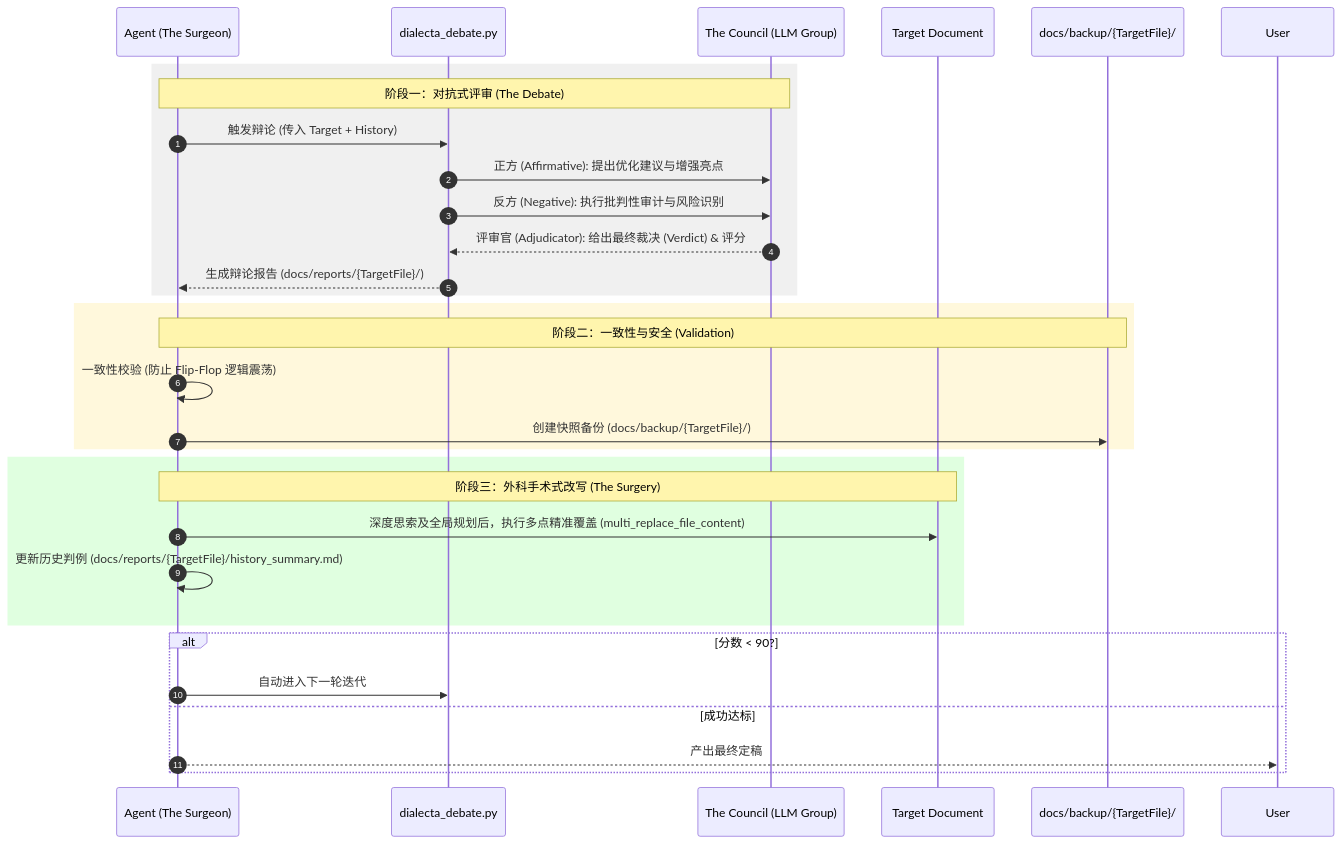
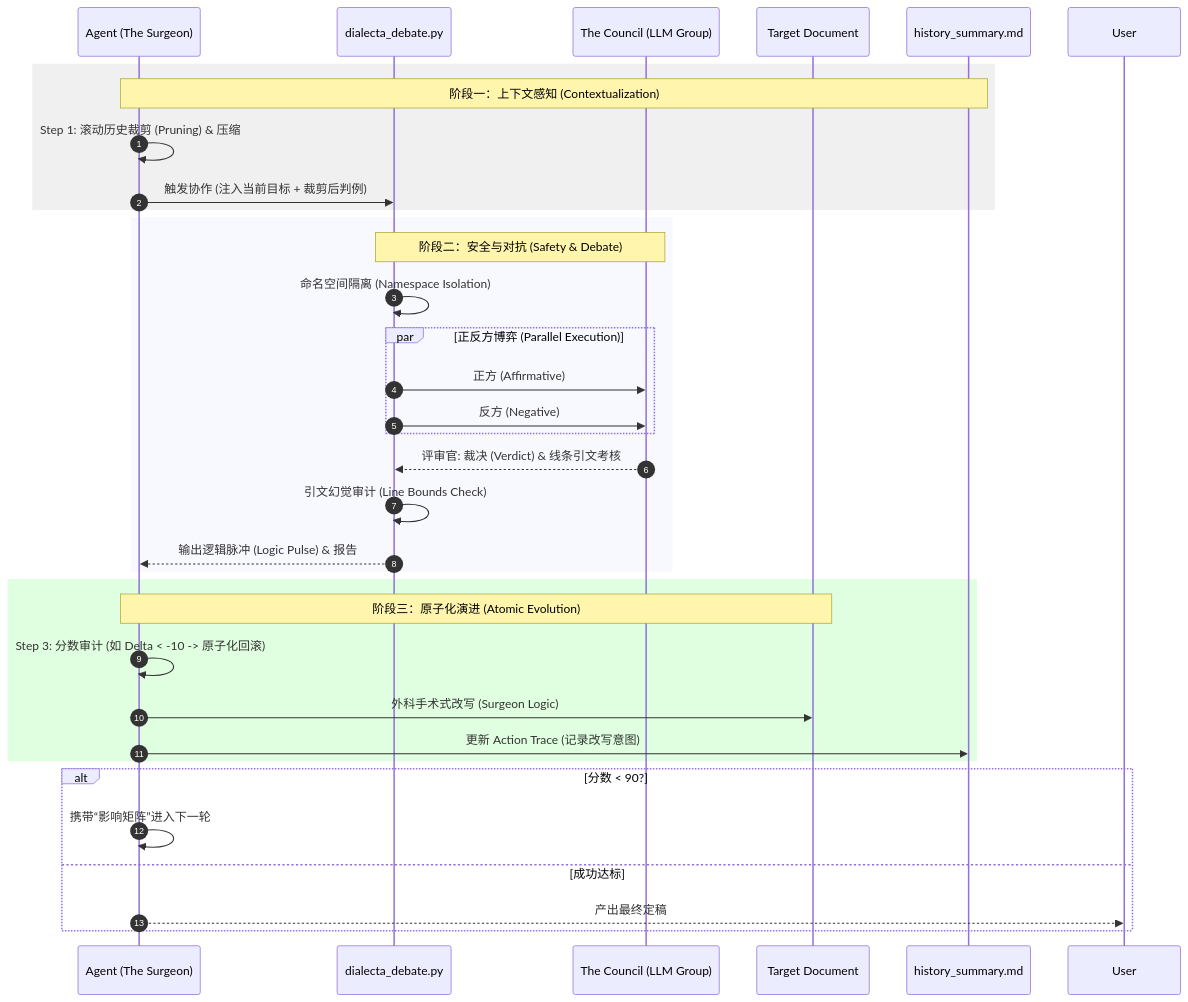
Before and after one commit to hrygo/SparkForge: the second of 2 diagrams in README.md, drawn with Mermaid. The commit also changed other lines of this file and 49 other files, not shown here.

Commit message:
feat: Generate extensive AI Training Strategy ALM reports and backups, enhance debate script with log pruning and flexible arguments, and update workflow, prompts, and README.

````diff
--- a/README.md
+++ b/README.md
@@ -108,36 +109,40 @@
 ```mermaid
 sequenceDiagram
     autonumber
     participant Agent as Agent (The Surgeon)
     participant Script as dialecta_debate.py
     participant Council as The Council (LLM Group)
     participant Doc as Target Document
-    participant Backup as docs/backup/{TargetFile}/
+    participant History as history_summary.md
 
     rect rgb(240, 240, 240)
-    Note over Agent, Council: 阶段一：对抗式评审 (The Debate)
-    Agent->>Script: 触发辩论 (传入 Target + History)
-    Script->>Council: 正方 (Affirmative): 提出优化建议与增强亮点
-    Script->>Council: 反方 (Negative): 执行批判性审计与风险识别
-    Council-->>Script: 评审官 (Adjudicator): 给出最终裁决 (Verdict) & 评分
-    Script-->>Agent: 生成辩论报告 (docs/reports/{TargetFile}/)
+    Note over Agent, History: 阶段一：上下文感知 (Contextualization)
+    Agent->>Agent: Step 1: 滚动历史裁剪 (Pruning) & 压缩
+    Agent->>Script: 触发协作 (注入当前目标 + 裁剪后判例)
     end
 
-    rect rgb(255, 248, 220)
-    Note over Agent, Backup: 阶段二：一致性与安全 (Validation)
-    Agent->>Agent: 一致性校验 (防止 Flip-Flop 逻辑震荡)
-    Agent->>Backup: 创建快照备份 (docs/backup/{TargetFile}/)
+    rect rgb(248, 248, 255)
+    Note over Script, Council: 阶段二：安全与对抗 (Safety & Debate)
+    Script->>Script: 命名空间隔离 (Namespace Isolation)
+    par 正反方博弈 (Parallel Execution)
+        Script->>Council: 正方 (Affirmative)
+        Script->>Council: 反方 (Negative)
+    end
+    Council-->>Script: 评审官: 裁决 (Verdict) & 线条引文考核
+    Script->>Script: 引文幻觉审计 (Line Bounds Check)
+    Script-->>Agent: 输出逻辑脉冲 (Logic Pulse) & 报告
     end
 
     rect rgb(224, 255, 224)
-    Note over Agent, Doc: 阶段三：外科手术式改写 (The Surgery)
-    Agent->>Doc: 深度思索及全局规划后，执行多点精准覆盖 (multi_replace_file_content)
-    Agent->>Agent: 更新历史判例 (docs/reports/{TargetFile}/history_summary.md)
+    Note over Agent, Doc: 阶段三：原子化演进 (Atomic Evolution)
+    Agent->>Agent: Step 3: 分数审计 (如 Delta < -10 -> 原子化回滚)
+    Agent->>Doc: 外科手术式改写 (Surgeon Logic)
+    Agent->>History: 更新 Action Trace (记录改写意图)
     end
 
     alt 分数 < 90?
-        Agent->>Script: 自动进入下一轮迭代
+        Agent->>Agent: 携带“影响矩阵”进入下一轮
     else 成功达标
         Agent-->>User: 产出最终定稿
     end
 ```
````
